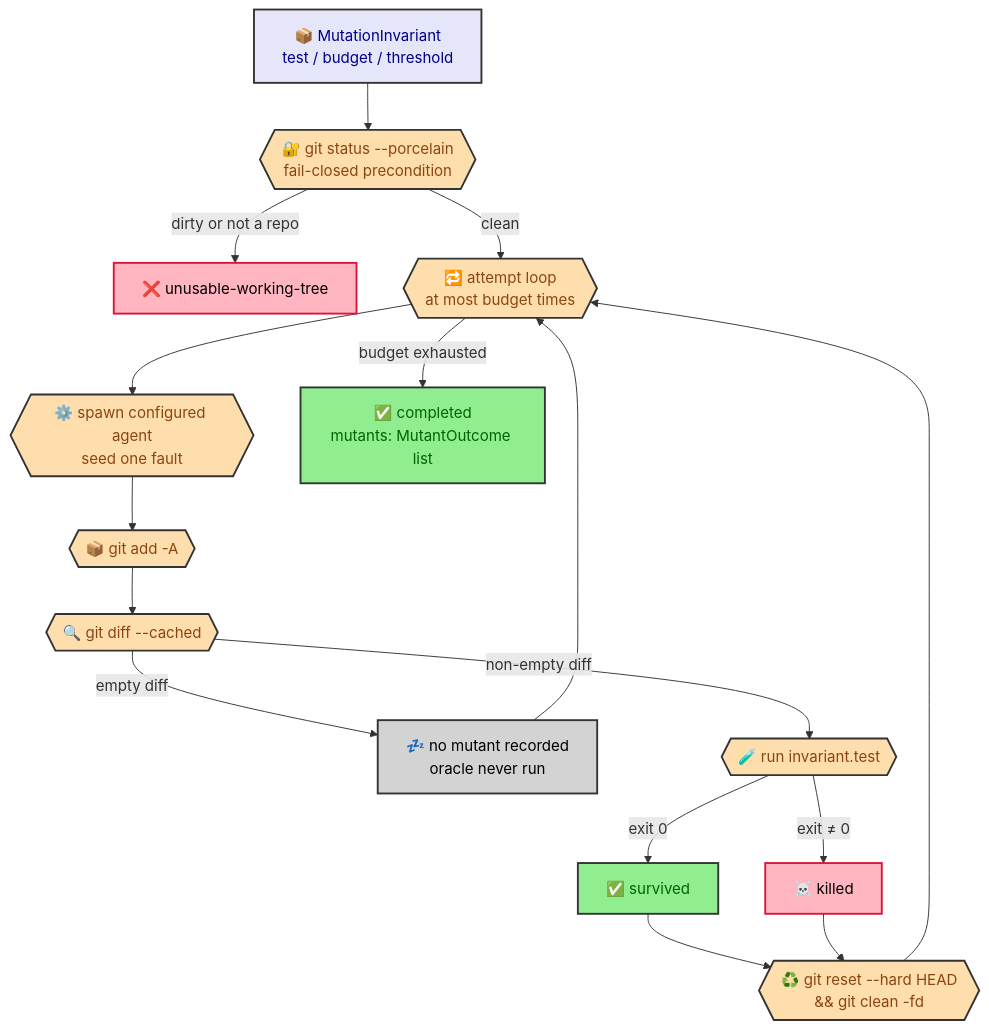
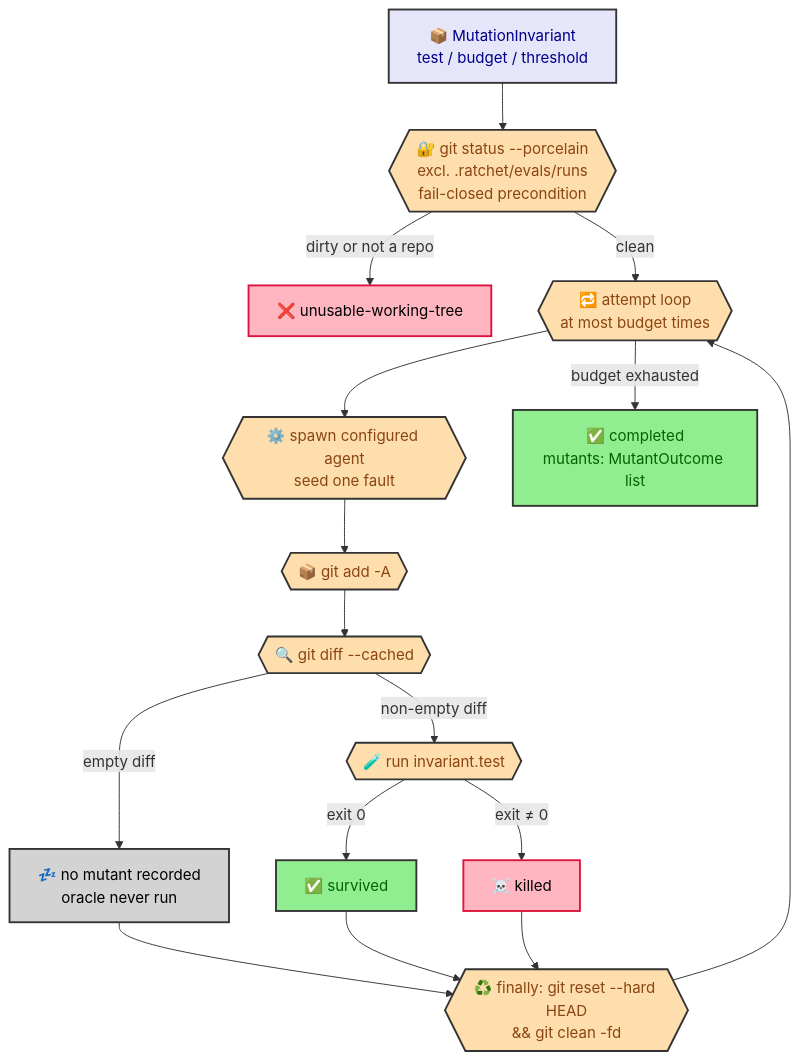
One commit to joctaTorres/ratchet changed the diagram in docs/eval-mutation-harness.md. Above: the diagram before and after it, drawn with Mermaid. The commit also changed other lines of this file and 6 other files, not shown here.

First line of the commit message:
fix(eval): harden mutation harness working-tree precondition and revert

````diff
--- a/docs/eval-mutation-harness.md
+++ b/docs/eval-mutation-harness.md
@@ -32,39 +32,39 @@
 ```mermaid
 flowchart TD
     INV[📦 MutationInvariant<br/>test / budget / threshold]
-    PRECHECK{{🔐 git status --porcelain<br/>fail-closed precondition}}
+    PRECHECK{{🔐 git status --porcelain<br/>excl. .ratchet/evals/runs<br/>fail-closed precondition}}
     INV --> PRECHECK
     PRECHECK -->|dirty or not a repo| UNUSABLE[❌ unusable-working-tree]
 
     PRECHECK -->|clean| LOOP{{🔁 attempt loop<br/>at most budget times}}
 
     LOOP --> SPAWN{{⚙️ spawn configured agent<br/>seed one fault}}
     SPAWN --> STAGE{{📦 git add -A}}
     STAGE --> DIFF{{🔍 git diff --cached}}
 
     DIFF -->|empty diff| SKIP[💤 no mutant recorded<br/>oracle never run]
-    SKIP --> LOOP
+    SKIP --> REVERT
 
     DIFF -->|non-empty diff| ORACLE{{🧪 run invariant.test}}
     ORACLE -->|exit 0| SURVIVED[✅ survived]
     ORACLE -->|exit ≠ 0| KILLED[☠️ killed]
 
-    SURVIVED --> REVERT{{♻️ git reset --hard HEAD<br/>&& git clean -fd}}
+    SURVIVED --> REVERT{{♻️ finally: git reset --hard HEAD<br/>&& git clean -fd}}
     KILLED --> REVERT
     REVERT --> LOOP
 
     LOOP -->|budget exhausted| DONE[✅ completed<br/>mutants: MutantOutcome list]
 
     classDef input    fill:#E6E6FA,stroke:#333,stroke-width:2px,color:darkblue
     classDef step     fill:#FFDEAD,stroke:#333,stroke-width:2px,color:saddlebrown
     classDef proc     fill:#90EE90,stroke:#333,stroke-width:2px,color:darkgreen
     classDef success  fill:#90EE90,stroke:#333,stroke-width:2px,color:darkgreen
     classDef error    fill:#FFB6C1,stroke:#DC143C,stroke-width:2px,color:black
     classDef skip     fill:#D3D3D3,stroke:#333,stroke-width:2px,color:black
 
     class INV input
     class PRECHECK,LOOP,SPAWN,STAGE,DIFF,ORACLE,REVERT step
     class SURVIVED,DONE success
     class KILLED,UNUSABLE error
     class SKIP skip
 ```
````
